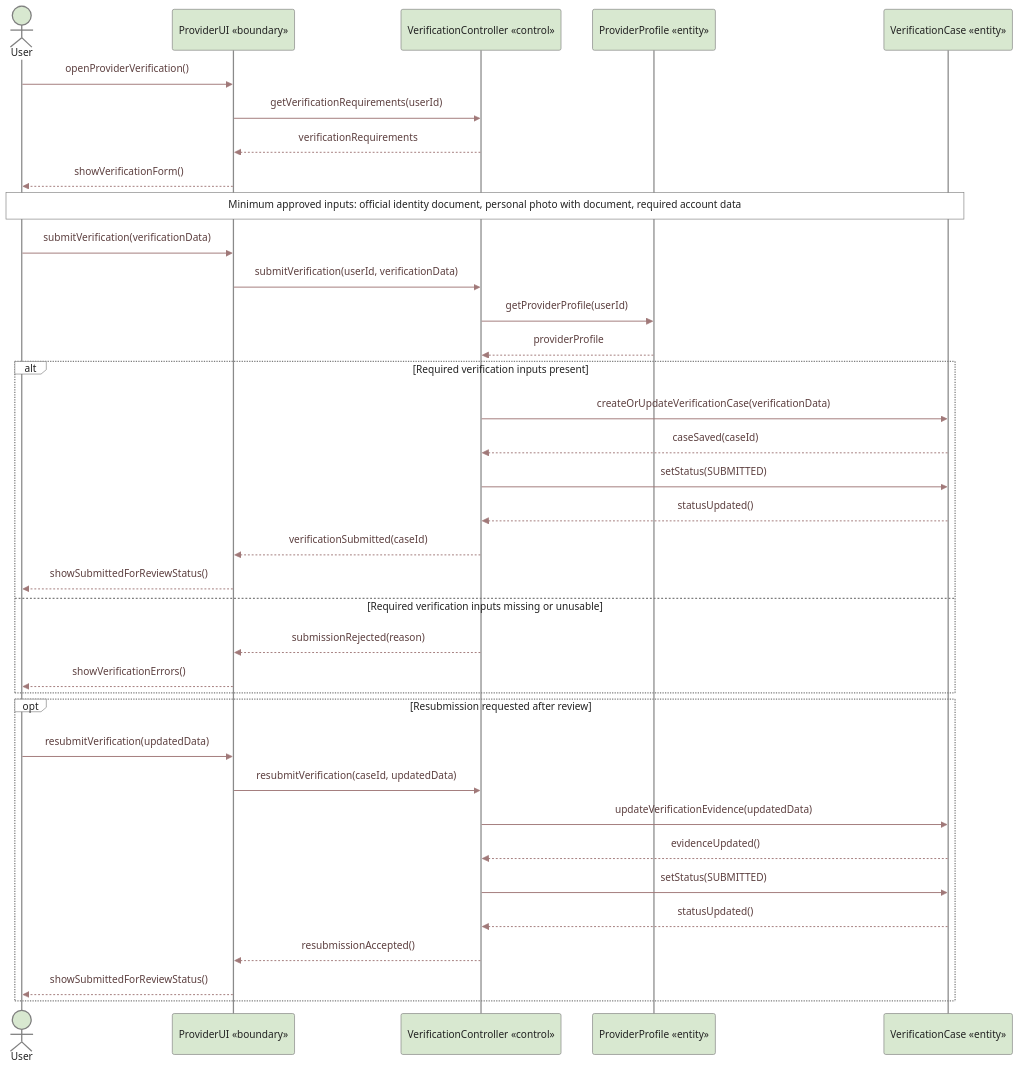
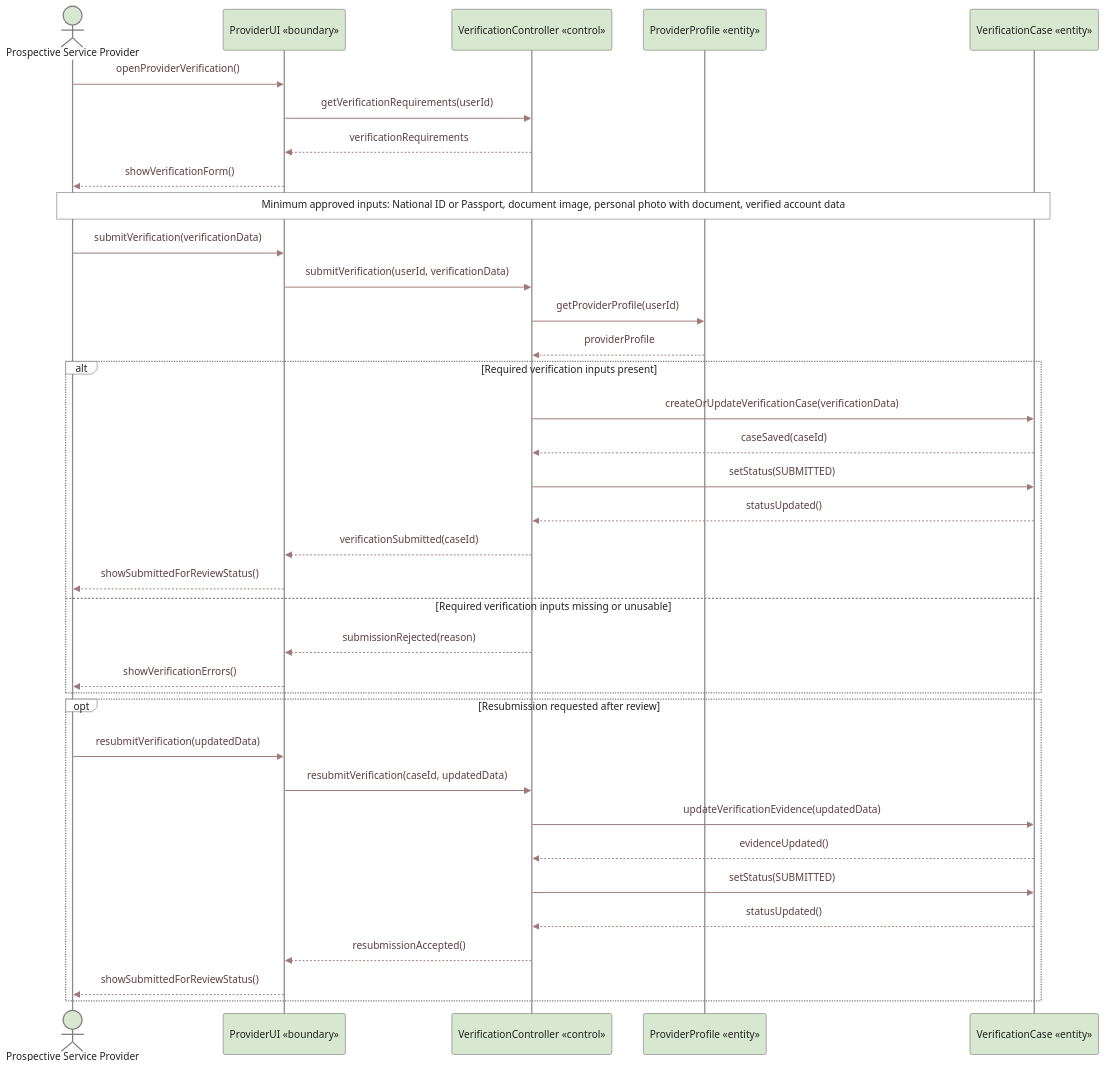
Before and after one commit to Yadd-SanaaUniversityGraduationProject/yadd: the first of 2 diagrams in diagrams/03-analysis/uml/sequence/uc-09-provider-verification-sequence.md, drawn with Mermaid. The commit also changed other lines of this file, not shown here.

Commit message:
uml: scope verification sequence to service providers per DEC-085

````diff
--- a/diagrams/03-analysis/uml/sequence/uc-09-provider-verification-sequence.md
+++ b/diagrams/03-analysis/uml/sequence/uc-09-provider-verification-sequence.md
@@ -21,44 +21,44 @@
 ```mermaid
 %%{init: {"theme":"base","themeVariables":{"background":"#FFFFFF","fontFamily":"Arial","actorBkg":"#D8E8D0","actorBorder":"#7E7E7E","actorTextColor":"#222222","actorLineColor":"#8A8A8A","signalColor":"#A07878","signalTextColor":"#5C3F3F","labelBoxBkgColor":"#FFFFFF","labelBoxBorderColor":"#7E7E7E","labelTextColor":"#222222","loopTextColor":"#222222","noteBkgColor":"#FFFFFF","noteBorderColor":"#7E7E7E","noteTextColor":"#222222","activationBkgColor":"#C8E0E8","activationBorderColor":"#7B969C","sequenceNumberColor":"#222222"}}}%%
 sequenceDiagram
-    actor U as User
+    actor U as Prospective Service Provider
     participant UI as ProviderUI «boundary»
     participant VC as VerificationController «control»
     participant VP as ProviderProfile «entity»
     participant CASE as VerificationCase «entity»
 
     U->>UI: openProviderVerification()
     UI->>VC: getVerificationRequirements(userId)
     VC-->>UI: verificationRequirements
     UI-->>U: showVerificationForm()
 
-    Note over U,CASE: Minimum approved inputs: official identity document, personal photo with document, required account data
+    Note over U,CASE: Minimum approved inputs: National ID or Passport, document image, personal photo with document, verified account data
 
     U->>UI: submitVerification(verificationData)
     UI->>VC: submitVerification(userId, verificationData)
     VC->>VP: getProviderProfile(userId)
     VP-->>VC: providerProfile
 
     alt Required verification inputs present
         VC->>CASE: createOrUpdateVerificationCase(verificationData)
         CASE-->>VC: caseSaved(caseId)
         VC->>CASE: setStatus(SUBMITTED)
         CASE-->>VC: statusUpdated()
         VC-->>UI: verificationSubmitted(caseId)
         UI-->>U: showSubmittedForReviewStatus()
     else Required verification inputs missing or unusable
         VC-->>UI: submissionRejected(reason)
         UI-->>U: showVerificationErrors()
     end
 
     opt Resubmission requested after review
         U->>UI: resubmitVerification(updatedData)
         UI->>VC: resubmitVerification(caseId, updatedData)
         VC->>CASE: updateVerificationEvidence(updatedData)
         CASE-->>VC: evidenceUpdated()
         VC->>CASE: setStatus(SUBMITTED)
         CASE-->>VC: statusUpdated()
         VC-->>UI: resubmissionAccepted()
         UI-->>U: showSubmittedForReviewStatus()
     end
 ```
````
